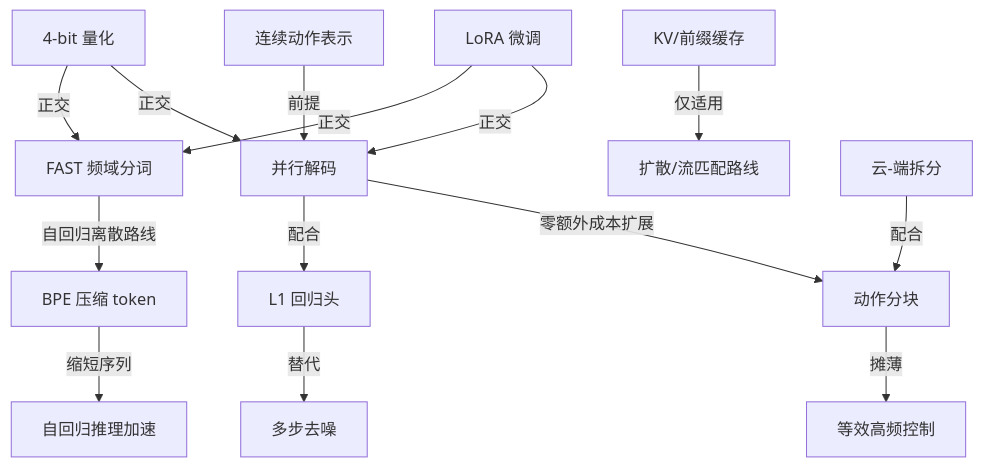
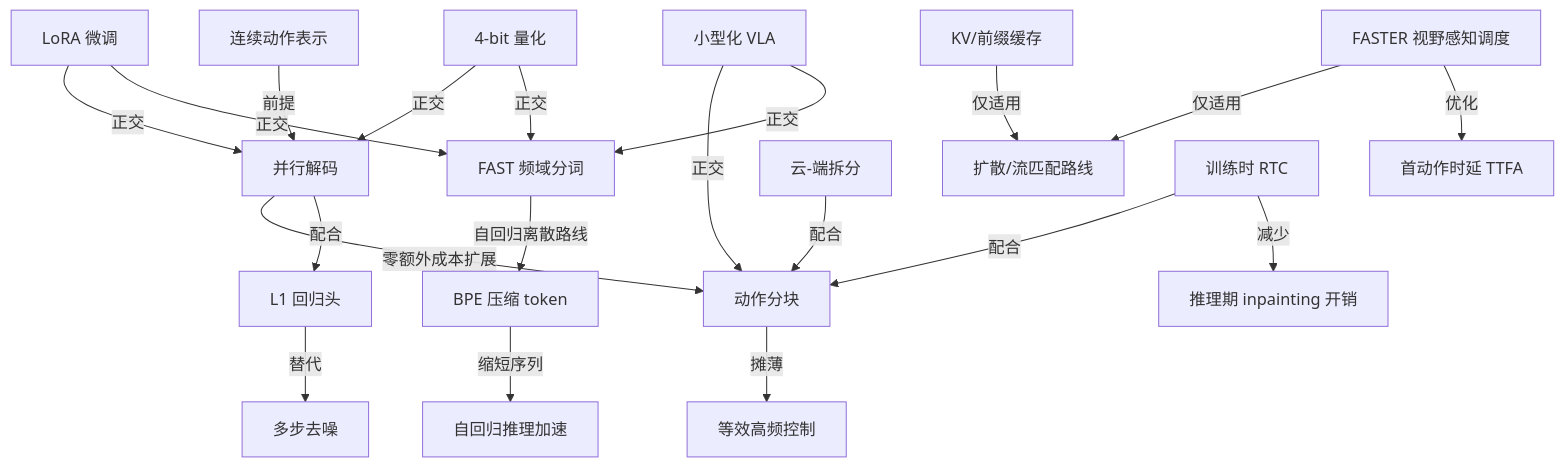
One commit to ZhuYun97/embodied-ai-learning changed the first of 2 diagrams in docs/vla/papers/inference-deployment.md. Above: the diagram before and after it, drawn with Mermaid. The commit also changed other lines of this file, not shown here.

````diff
--- a/docs/vla/papers/inference-deployment.md
+++ b/docs/vla/papers/inference-deployment.md
@@ -71,19 +111,25 @@
 ```mermaid
 graph TD
     A[连续动作表示] -->|前提| B[并行解码]
     B -->|零额外成本扩展| C[动作分块]
     C -->|摊薄| D[等效高频控制]
     B -->|配合| E[L1 回归头]
     E -->|替代| F[多步去噪]
     
     G[FAST 频域分词] -->|自回归离散路线| H[BPE 压缩 token]
     H -->|缩短序列| I[自回归推理加速]
     
     J[KV/前缀缓存] -->|仅适用| K[扩散/流匹配路线]
     L[云-端拆分] -->|配合| C
+    O[FASTER 视野感知调度] -->|仅适用| K
+    O -->|优化| P[首动作时延 TTFA]
+    Q[训练时 RTC] -->|配合| C
+    Q -->|减少| R[推理期 inpainting 开销]
     
     M[LoRA 微调] -->|正交| B
     M -->|正交| G
     N[4-bit 量化] -->|正交| B
     N -->|正交| G
+    S[小型化 VLA] -->|正交| C
+    S -->|正交| G
 ```
````
